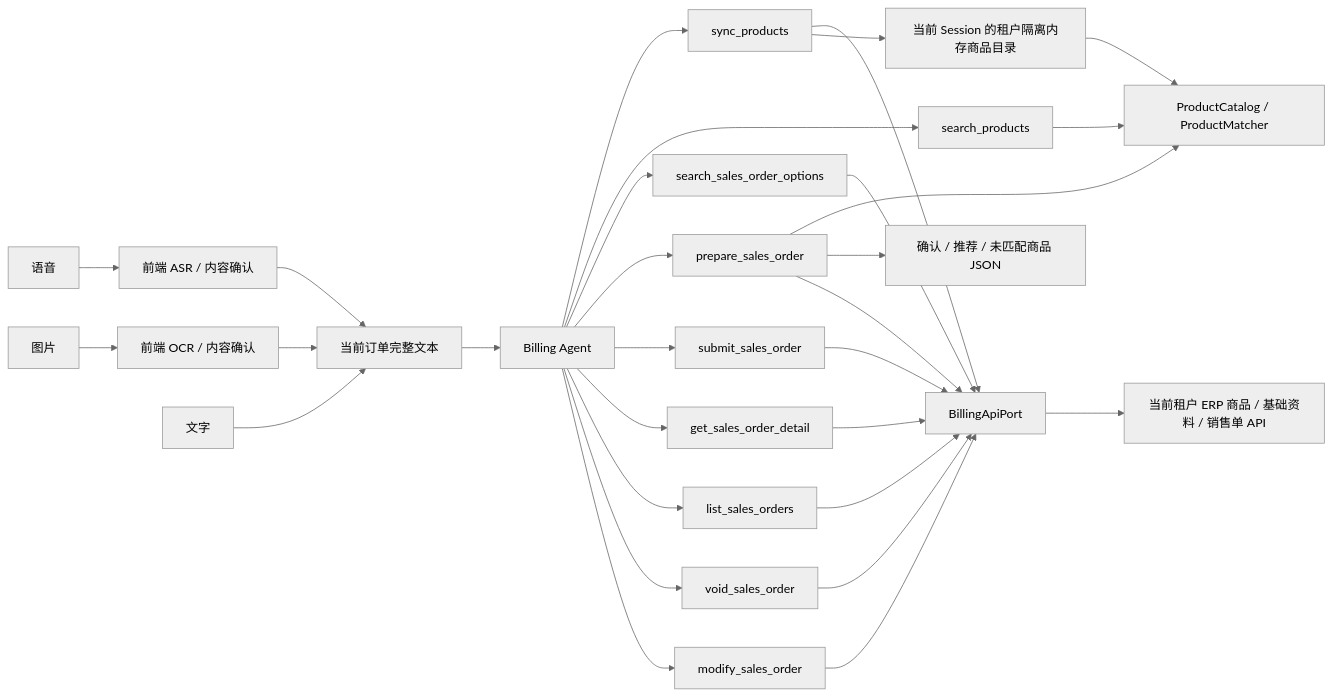
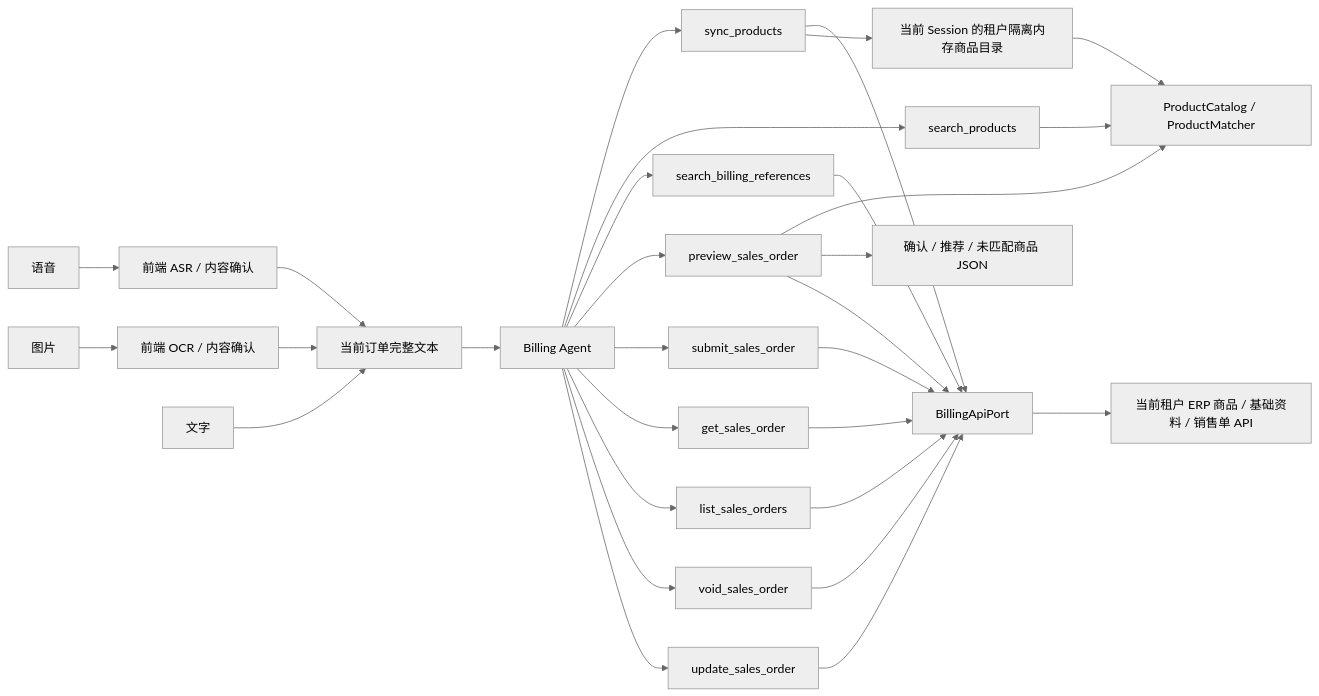
One commit to 757607106/gjp-cyb-mcp changed the diagram in docs/architecture/ai-billing-tools-api-matching.md. Above: the diagram before and after it, drawn with Mermaid (neutral theme). The commit also changed other lines of this file and 49 other files, not shown here.

````diff
--- a/docs/architecture/ai-billing-tools-api-matching.md
+++ b/docs/architecture/ai-billing-tools-api-matching.md
@@ -12,34 +12,34 @@
 ```mermaid
 flowchart LR
     Voice["语音"] --> ASR["前端 ASR / 内容确认"]
     Image["图片"] --> OCR["前端 OCR / 内容确认"]
     Text["文字"] --> FullText["当前订单完整文本"]
     ASR --> FullText
     OCR --> FullText
     FullText --> Agent["Billing Agent"]
 
     Agent --> Sync["sync_products"]
     Agent --> Search["search_products"]
-    Agent --> Options["search_sales_order_options"]
-    Agent --> Draft["prepare_sales_order"]
+    Agent --> Options["search_billing_references"]
+    Agent --> Draft["preview_sales_order"]
     Agent --> Submit["submit_sales_order"]
-    Agent --> Detail["get_sales_order_detail"]
+    Agent --> Detail["get_sales_order"]
     Agent --> ListOrders["list_sales_orders"]
     Agent --> Void["void_sales_order"]
-    Agent --> Modify["modify_sales_order"]
+    Agent --> Modify["update_sales_order"]
 
     Sync --> Port["BillingApiPort"]
     Sync --> Catalog["当前 Session 的租户隔离内存商品目录"]
     Search --> Matcher["ProductCatalog / ProductMatcher"]
     Draft --> Matcher
     Catalog --> Matcher
     Draft --> Json["确认 / 推荐 / 未匹配商品 JSON"]
     Options --> Port
     Draft --> Port
     Submit --> Port
     Detail --> Port
     ListOrders --> Port
     Void --> Port
     Modify --> Port
     Port --> ERP["当前租户 ERP 商品 / 基础资料 / 销售单 API"]
 ```
````
